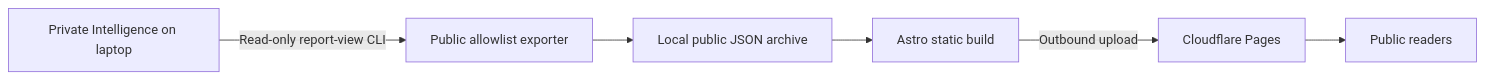
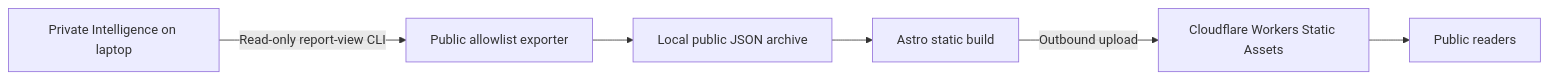
One commit to Zilnon/zilnon-open changed the diagram in README.md. Above: the diagram before and after it, drawn with Mermaid. The commit also changed other lines of this file and 4 other files, not shown here.

Commit message:
feat(publication): deploy static reports through Cloudflare Workers

````diff
--- a/README.md
+++ b/README.md
@@ -14,8 +14,8 @@
 ```mermaid
 flowchart LR
   I[Private Intelligence on laptop] -->|Read-only report-view CLI| E[Public allowlist exporter]
   E --> A[Local public JSON archive]
   A --> W[Astro static build]
-  W -->|Outbound upload| C[Cloudflare Pages]
+  W -->|Outbound upload| C[Cloudflare Workers Static Assets]
   C --> R[Public readers]
 ```
````
